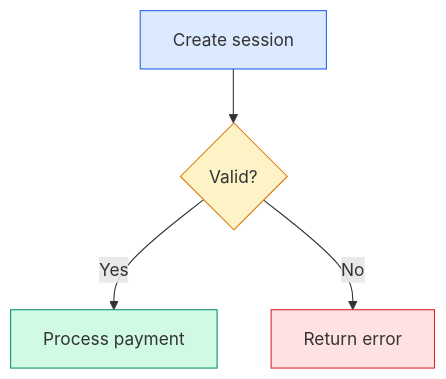
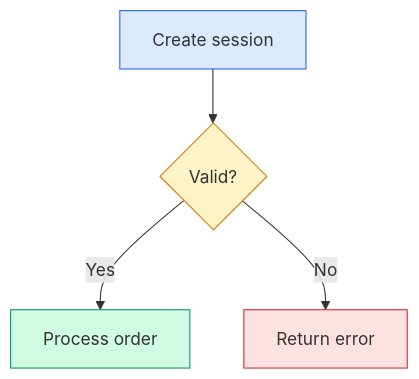
Before and after one commit to darthrootbeer/context-engineering-toolkit: the fourth of 4 diagrams in pipelines/docs-pipeline/_knowledge/style-guides/diagrams/style-guide_diagrams.md, drawn with Mermaid. The commit also changed other lines of this file and 66 other files, not shown here.

````diff
--- a/pipelines/docs-pipeline/_knowledge/style-guides/diagrams/style-guide_diagrams.md
+++ b/pipelines/docs-pipeline/_knowledge/style-guides/diagrams/style-guide_diagrams.md
@@ -115,16 +115,16 @@
 ```mermaid
 flowchart TD
     A[Create session] --> B{Valid?}
-    B -->|Yes| C[Process payment]
+    B -->|Yes| C[Process order]
     B -->|No| D[Return error]
 
     classDef setup fill:#dbeafe,stroke:#2563eb
     classDef decision fill:#fef3c7,stroke:#d97706
-    classDef payment fill:#d1fae5,stroke:#059669
+    classDef order fill:#d1fae5,stroke:#059669
     classDef warning fill:#fee2e2,stroke:#dc2626
 
     class A setup
     class B decision
-    class C payment
+    class C order
     class D warning
 ```
````
